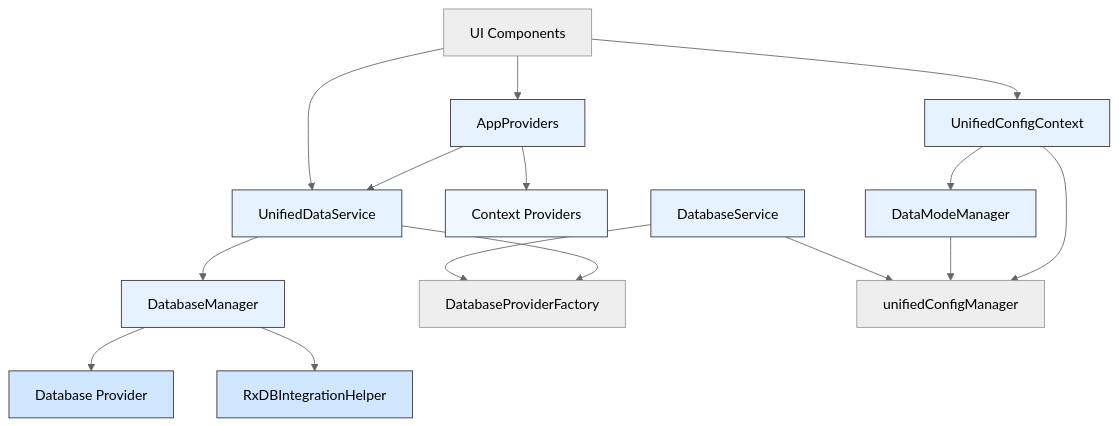
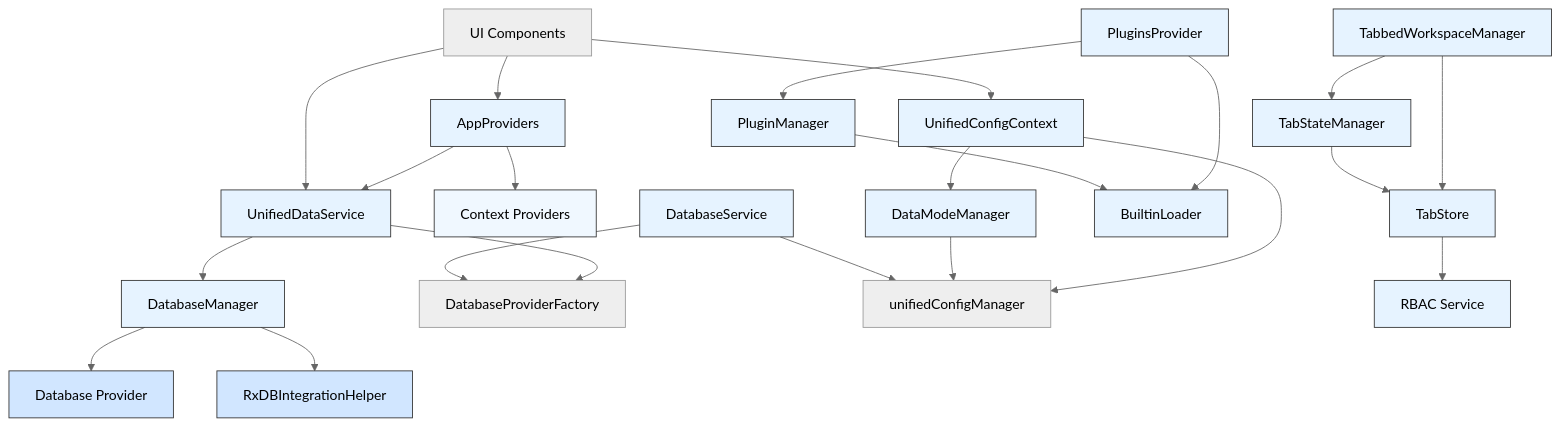
The eighth of 8 diagrams in .qoder/repowiki/en/content/Architecture Overview/Architecture Overview.md (geniusdynamics/schoolpilot), drawn with Mermaid (neutral theme) before and after one commit. The commit also changed other lines of this file and 12 other files, not shown here.

````diff
--- a/.qoder/repowiki/en/content/Architecture Overview/Architecture Overview.md
+++ b/.qoder/repowiki/en/content/Architecture Overview/Architecture Overview.md
@@ -447,26 +552,40 @@
 ```mermaid
 graph TD
 AppProviders[AppProviders] --> UnifiedDataService[UnifiedDataService]
 AppProviders --> ContextProviders[Context Providers]
 UnifiedDataService --> DatabaseManager[DatabaseManager]
 UnifiedDataService --> ProviderFactory[DatabaseProviderFactory]
 DatabaseManager --> DatabaseProvider[Database Provider]
 DatabaseManager --> RxDBIntegrationHelper[RxDBIntegrationHelper]
 UnifiedConfigContext[UnifiedConfigContext] --> unifiedConfigManager[unifiedConfigManager]
 UnifiedConfigContext --> dataModeManager[DataModeManager]
 dataModeManager --> unifiedConfigManager
 databaseService[DatabaseService] --> unifiedConfigManager
 databaseService --> ProviderFactory
 UI[UI Components] --> AppProviders
 UI --> UnifiedConfigContext
 UI --> UnifiedDataService
+PluginsProvider[PluginsProvider] --> PluginManager[PluginManager]
+PluginsProvider --> BuiltinLoader[BuiltinLoader]
+PluginManager --> BuiltinLoader
+TabbedWorkspaceManager[TabbedWorkspaceManager] --> TabStateManager[TabStateManager]
+TabbedWorkspaceManager --> TabStore[TabStore]
+TabStateManager --> TabStore
+TabStore --> RBACService[RBAC Service]
 style AppProviders fill:#e6f3ff,stroke:#333
 style UnifiedDataService fill:#e6f3ff,stroke:#333
 style DatabaseManager fill:#e6f3ff,stroke:#333
 style ContextProviders fill:#f0f8ff,stroke:#333
 style DatabaseProvider fill:#d1e6ff,stroke:#333
 style RxDBIntegrationHelper fill:#d1e6ff,stroke:#333
 style UnifiedConfigContext fill:#e6f3ff,stroke:#333
 style dataModeManager fill:#e6f3ff,stroke:#333
 style databaseService fill:#e6f3ff,stroke:#333
+style PluginsProvider fill:#e6f3ff,stroke:#333
+style PluginManager fill:#e6f3ff,stroke:#333
+style BuiltinLoader fill:#e6f3ff,stroke:#333
+style TabbedWorkspaceManager fill:#e6f3ff,stroke:#333
+style TabStateManager fill:#e6f3ff,stroke:#333
+style TabStore fill:#e6f3ff,stroke:#333
+style RBACService fill:#e6f3ff,stroke:#333
 ```
````
